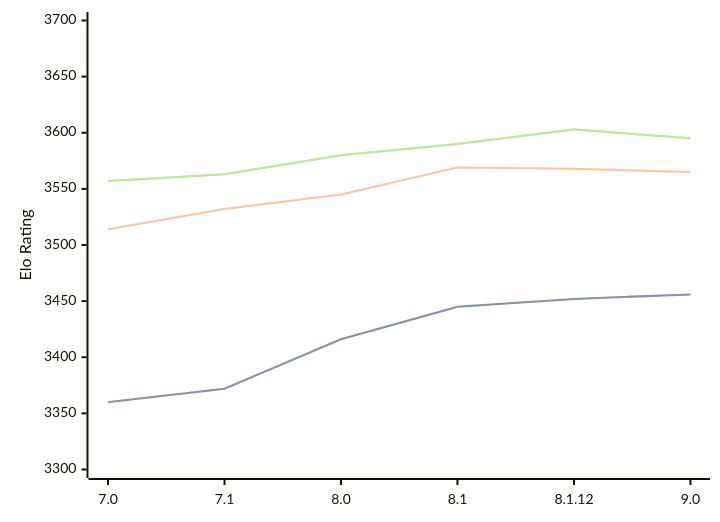
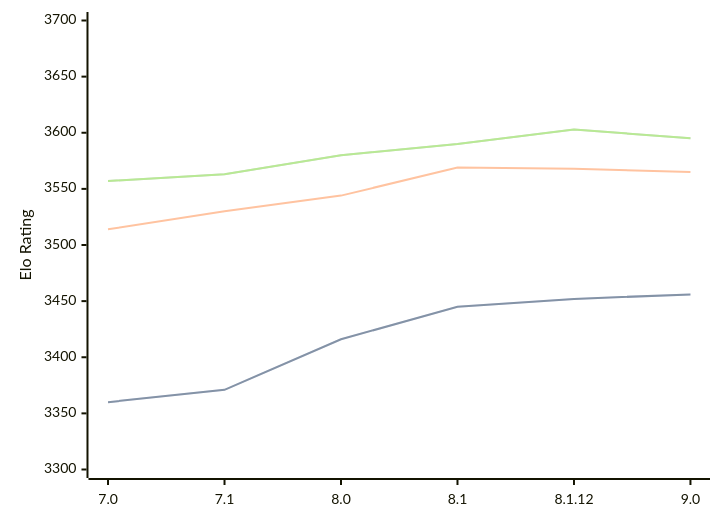
The diagram in engines/Alexandria.md (computer-chess-index/cci), drawn with Mermaid before and after one commit. The commit also changed other lines of this file, not shown here.

````diff
--- a/engines/Alexandria.md
+++ b/engines/Alexandria.md
@@ -53,11 +55,11 @@
 ```mermaid
 %%{init: {"theme":"base","themeVariables":{"seriesColors:['#a3a3a3','#222221','#faa371']}}}%%
 xychart-beta
   x-axis ["7.0", "7.1", "8.0", "8.1", "8.1.12", "9.0"]
   y-axis "Elo Rating" 3300 --> 3700
-  line "STC (8.0+0.08s)" [3360, 3372, 3416, 3445, 3452, 3456]
-  line "STC (8.0+0.08s)" [3360, 3372, 3416, 3445, 3452, 3456]
-  line "LTC (60.0+0.60s)" [3514, 3532, 3545, 3569, 3568, 3565]
+  line "STC (8.0+0.08s)" [3360, 3371, 3416, 3445, 3452, 3456]
+  line "STC (8.0+0.08s)" [3360, 3371, 3416, 3445, 3452, 3456]
+  line "LTC (60.0+0.60s)" [3514, 3530, 3544, 3569, 3568, 3565]
   line "VLTC (2m24s+1.12s)" [3557, 3563, 3580, 3590, 3603, 3595]
   line "VLTC (2m24s+1.12s)" [3557, 3563, 3580, 3590, 3603, 3595]
 ```
````
